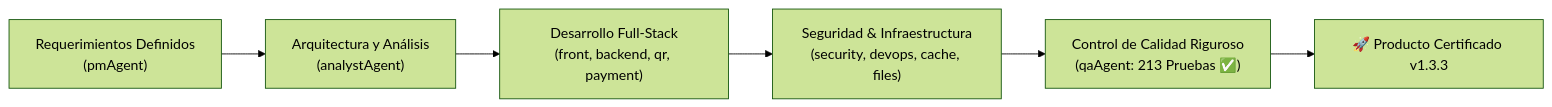
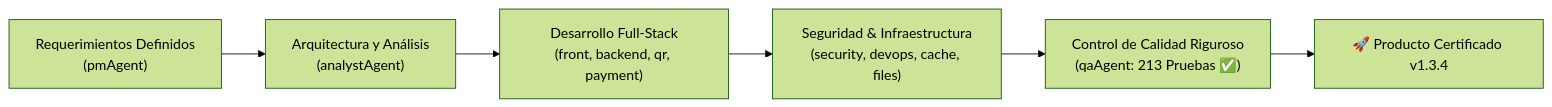
The diagram in PROJECT_STATUS_QRGENERATOR.md (paolapaz202504/QRgenerator), drawn with Mermaid (forest theme) before and after one commit. The commit also changed other lines of this file and 10 other files, not shown here.

````diff
--- a/PROJECT_STATUS_QRGENERATOR.md
+++ b/PROJECT_STATUS_QRGENERATOR.md
@@ -12,8 +12,8 @@
 ```mermaid
 flowchart LR
     A["Requerimientos Definidos\n(pmAgent)"] --> B["Arquitectura y Análisis\n(analystAgent)"]
     B --> C["Desarrollo Full-Stack\n(front, backend, qr, payment)"]
     C --> D["Seguridad & Infraestructura\n(security, devops, cache, files)"]
     D --> E["Control de Calidad Riguroso\n(qaAgent: 213 Pruebas ✅)"]
-    E --> F["🚀 Producto Certificado v1.3.3"]
+    E --> F["🚀 Producto Certificado v1.3.4"]
 ```
````
